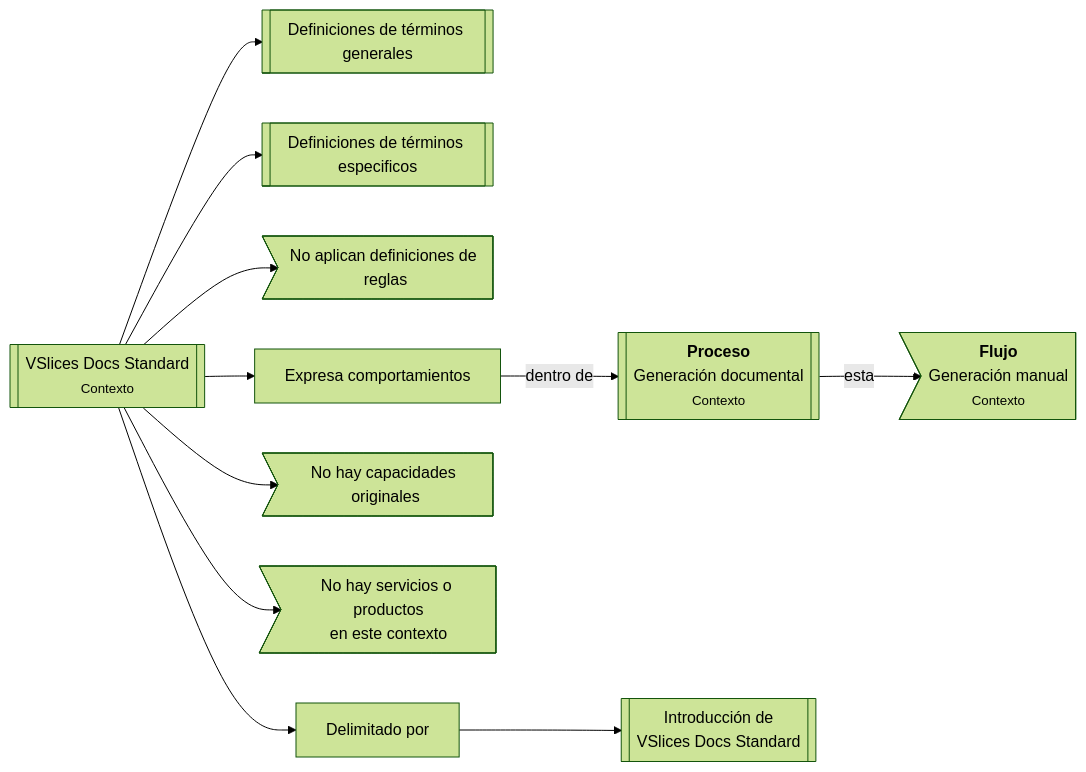
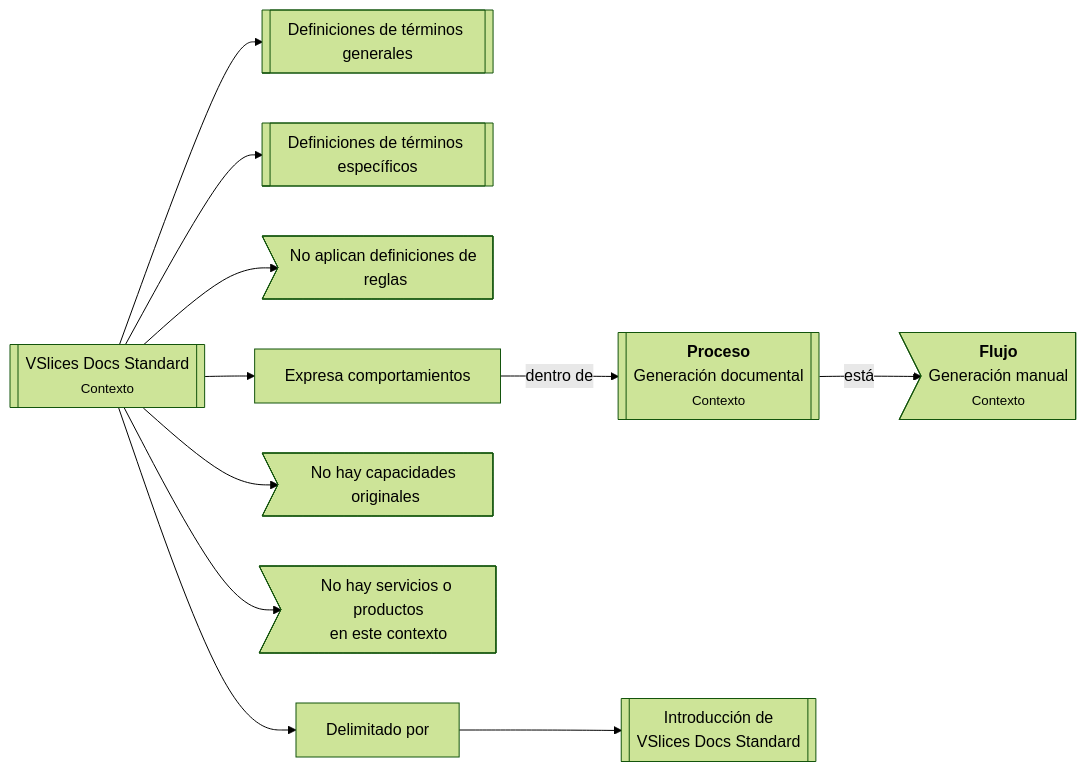
The second of 3 diagrams in docs/iteration 1/continuity.iteration.md (vslices/tooling), drawn with Mermaid (forest theme) before and after one commit. The commit also changed other lines of this file and 1 other file, not shown here.

````diff
--- a/docs/iteration 1/continuity.iteration.md
+++ b/docs/iteration 1/continuity.iteration.md
@@ -70,29 +71,28 @@
 ```mermaid
 flowchart LR
     A[[VSlices Docs Standard<br/><small>Contexto</small>]]
 
     A --> L1[[Definiciones de términos generales]]
-    A --> L2[[Definiciones de términos especificos]]
+    A --> L2[[Definiciones de términos específicos]]
 
     A --> R>No aplican definiciones de reglas]
 
     A --> B[Expresa comportamientos]
     
     B -- dentro de --> P1[[<b>Proceso</b><br/>Generación documental<br/><small>Contexto</small>]]
-    P1 -- esta --> F1><b>Flujo</b><br/>Generación manual<br/><small>Contexto</small>]
+    P1 -- está --> F1><b>Flujo</b><br/>Generación manual<br/><small>Contexto</small>]
 
     A --> C>No hay capacidades originales]
 
     A --> S>No hay servicios o productos<br/>en este contexto]
     
     A --> D[Delimitado por]
     D --> D1[[Introducción de<br/>VSlices Docs Standard]]
 
     click A "Ir a introducción de VSlices Docs Standard" "https://"
     click L1 "Ir a glosario de VSlices Docs Standard" "https://"
     click L2 "Ir a vocabulario de VSlices Tooling" "../../../vocabulary.vslices-tooling.md"
     click D1 "Ir a introducción de VSlices Standard" "https://"
     click P1 "Ir a Contexto del Proceso de Generación Documental" "understanding/process.context.document-generation.md"
-    click F1 "Ir a Contexto del Flujo de Generación Manual" "understanding/process.context.document-generation.md"
 
 ```
````
